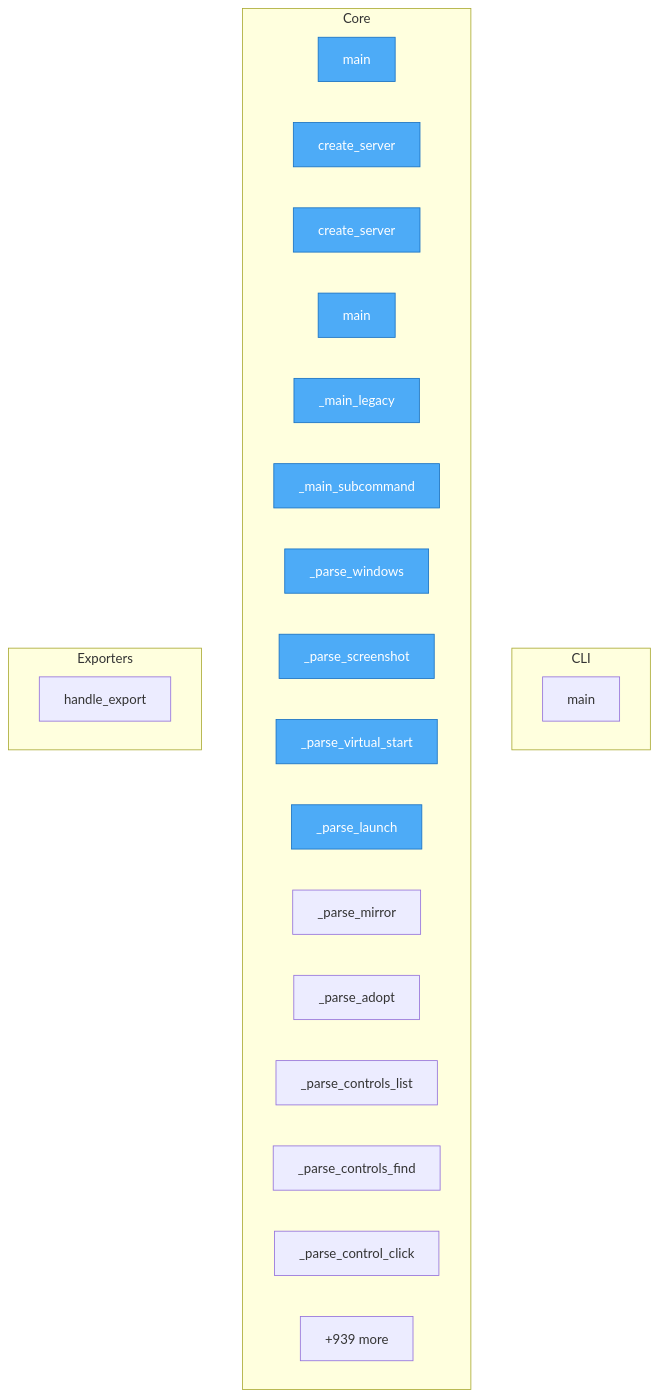
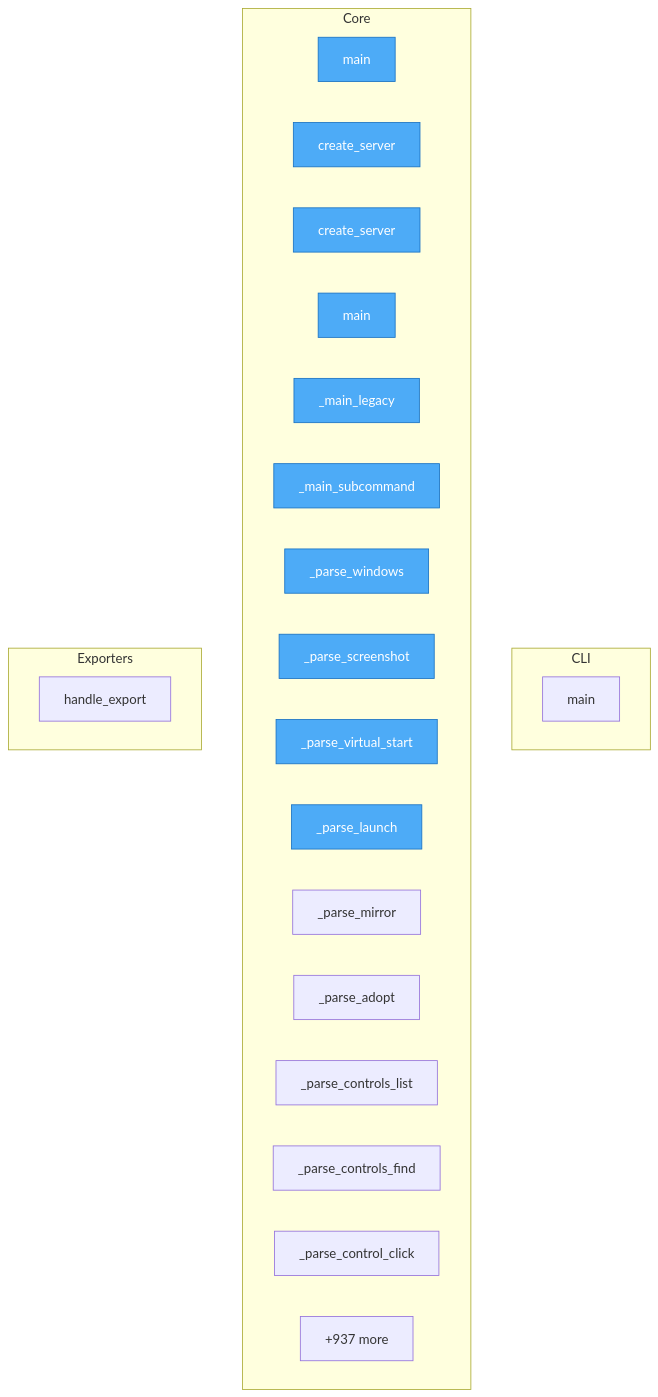
One commit to wronai/vdisplay changed the diagram in project/flow.mmd. Above: the diagram before and after it, drawn with Mermaid. The commit also changed 29 other files, not shown here.

```diff
--- a/project/flow.mmd
+++ b/project/flow.mmd
@@ -1,34 +1,34 @@
 flowchart TD
-%% generated in 0.26s
+%% generated in 0.11s
 
     %% Entry points (blue)
     classDef entry fill:#4dabf7,stroke:#1971c2,color:#fff
 
     subgraph CLI
         packages__cli2vdisplay__src__cli2vdisplay__cli__main["main"]
     end
 
     subgraph Core
         packages__mcp2vdisplay__src__mcp2vdisplay__cli__main["main"]
         packages__mcp2vdisplay__src__mcp2vdisplay__cli__create_server["create_server"]
         packages__mcp2vdisplay__src__mcp2vdisplay__server__create_server["create_server"]
         packages__dsl2vdisplay__src__dsl2vdisplay__cli__main["main"]
         packages__dsl2vdisplay__src__dsl2vdisplay__cli___main_legacy["_main_legacy"]
         packages__dsl2vdisplay__src__dsl2vdisplay__cli___main_subcommand["_main_subcommand"]
         packages__dsl2vdisplay__src__dsl2vdisplay__grammar___parse_windows["_parse_windows"]
         packages__dsl2vdisplay__src__dsl2vdisplay__grammar___parse_screenshot["_parse_screenshot"]
         packages__dsl2vdisplay__src__dsl2vdisplay__grammar___parse_virtual_start["_parse_virtual_start"]
         packages__dsl2vdisplay__src__dsl2vdisplay__grammar___parse_launch["_parse_launch"]
         packages__dsl2vdisplay__src__dsl2vdisplay__grammar___parse_mirror["_parse_mirror"]
         packages__dsl2vdisplay__src__dsl2vdisplay__grammar___parse_adopt["_parse_adopt"]
         packages__dsl2vdisplay__src__dsl2vdisplay__grammar___parse_controls_list["_parse_controls_list"]
         packages__dsl2vdisplay__src__dsl2vdisplay__grammar___parse_controls_find["_parse_controls_find"]
         packages__dsl2vdisplay__src__dsl2vdisplay__grammar___parse_control_click["_parse_control_click"]
-        ...["+939 more"]
+        ...["+937 more"]
     end
 
     subgraph Exporters
         src__vdisplay__commands__session__handle_export["handle_export"]
     end
 
     class packages__mcp2vdisplay__src__mcp2vdisplay__cli__main,packages__mcp2vdisplay__src__mcp2vdisplay__cli__create_server,packages__mcp2vdisplay__src__mcp2vdisplay__server__create_server,packages__dsl2vdisplay__src__dsl2vdisplay__cli__main,packages__dsl2vdisplay__src__dsl2vdisplay__cli___main_legacy,packages__dsl2vdisplay__src__dsl2vdisplay__cli___main_subcommand,packages__dsl2vdisplay__src__dsl2vdisplay__grammar___parse_windows,packages__dsl2vdisplay__src__dsl2vdisplay__grammar___parse_screenshot,packages__dsl2vdisplay__src__dsl2vdisplay__grammar___parse_virtual_start,packages__dsl2vdisplay__src__dsl2vdisplay__grammar___parse_launch entry
```
